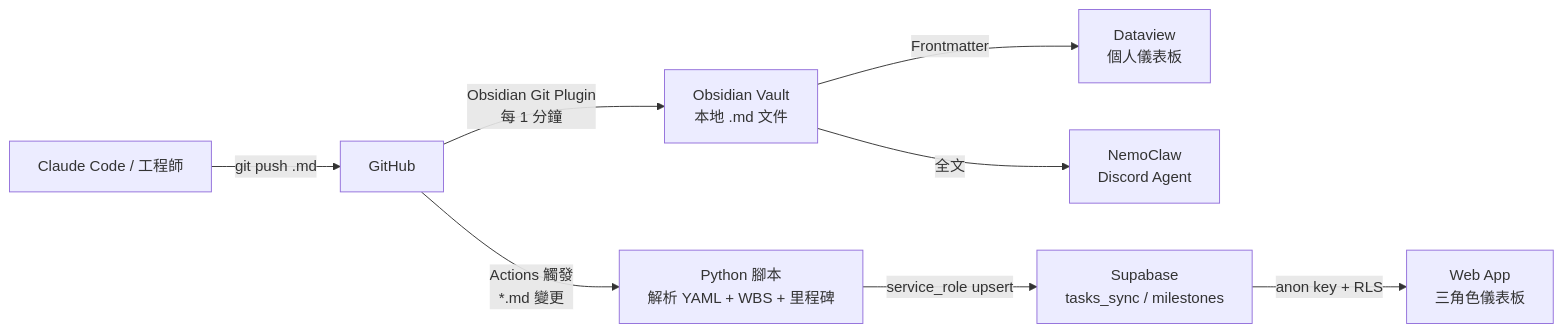
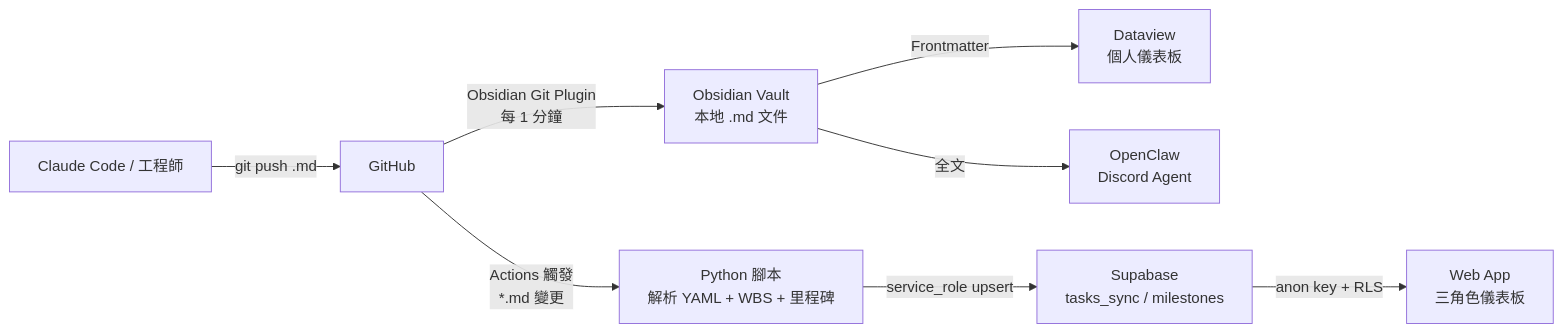
Before and after one commit to benben83922/Node_PM: the fourth of 4 diagrams in docs/architecture_and_design_document.md, drawn with Mermaid. The commit also changed other lines of this file and 401 other files, not shown here.

````diff
--- a/docs/architecture_and_design_document.md
+++ b/docs/architecture_and_design_document.md
@@ -432,10 +433,10 @@
 ```mermaid
 graph LR
     CC[Claude Code / 工程師] -->|git push .md| GH[GitHub]
     GH -->|Obsidian Git Plugin\n每 1 分鐘| VAULT[Obsidian Vault\n本地 .md 文件]
     GH -->|Actions 觸發\n*.md 變更| PY[Python 腳本\n解析 YAML + WBS + 里程碑]
     VAULT -->|Frontmatter| DV[Dataview\n個人儀表板]
-    VAULT -->|全文| NC[NemoClaw\nDiscord Agent]
+    VAULT -->|全文| NC[OpenClaw\nDiscord Agent]
     PY -->|service_role upsert| SB[Supabase\ntasks_sync / milestones]
     SB -->|anon key + RLS| WEB[Web App\n三角色儀表板]
 ```
````
